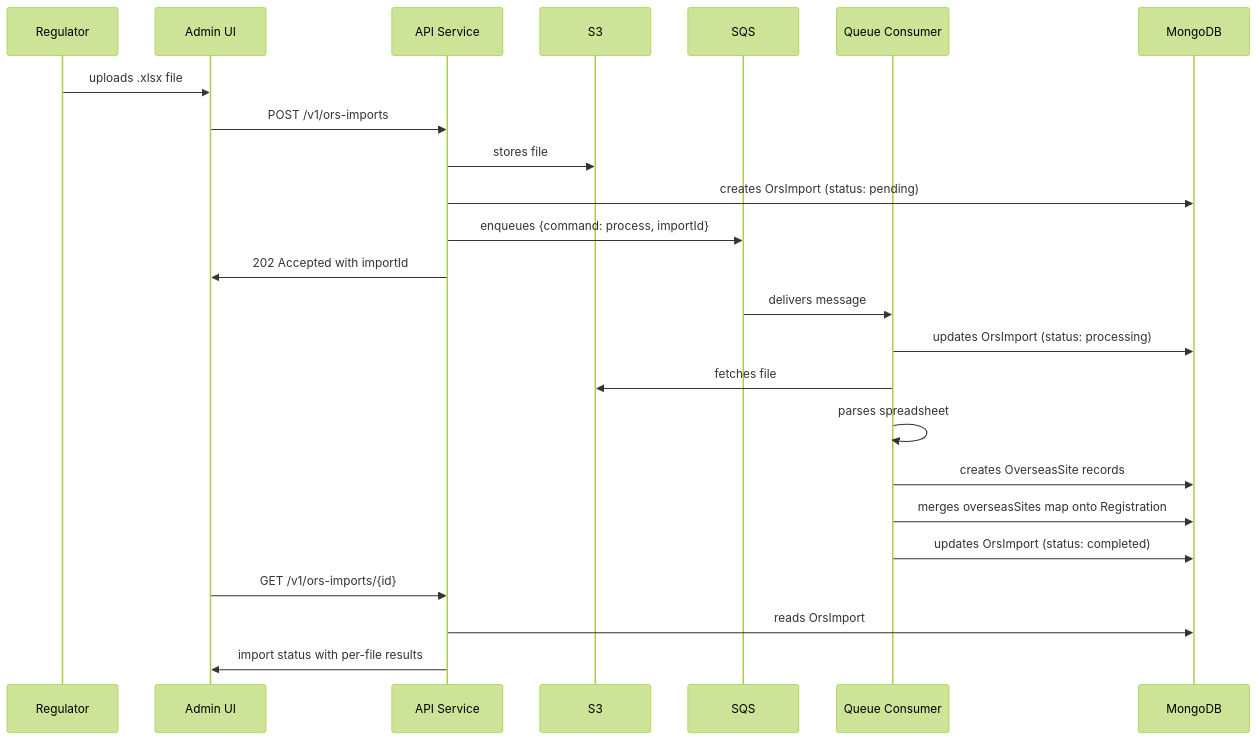
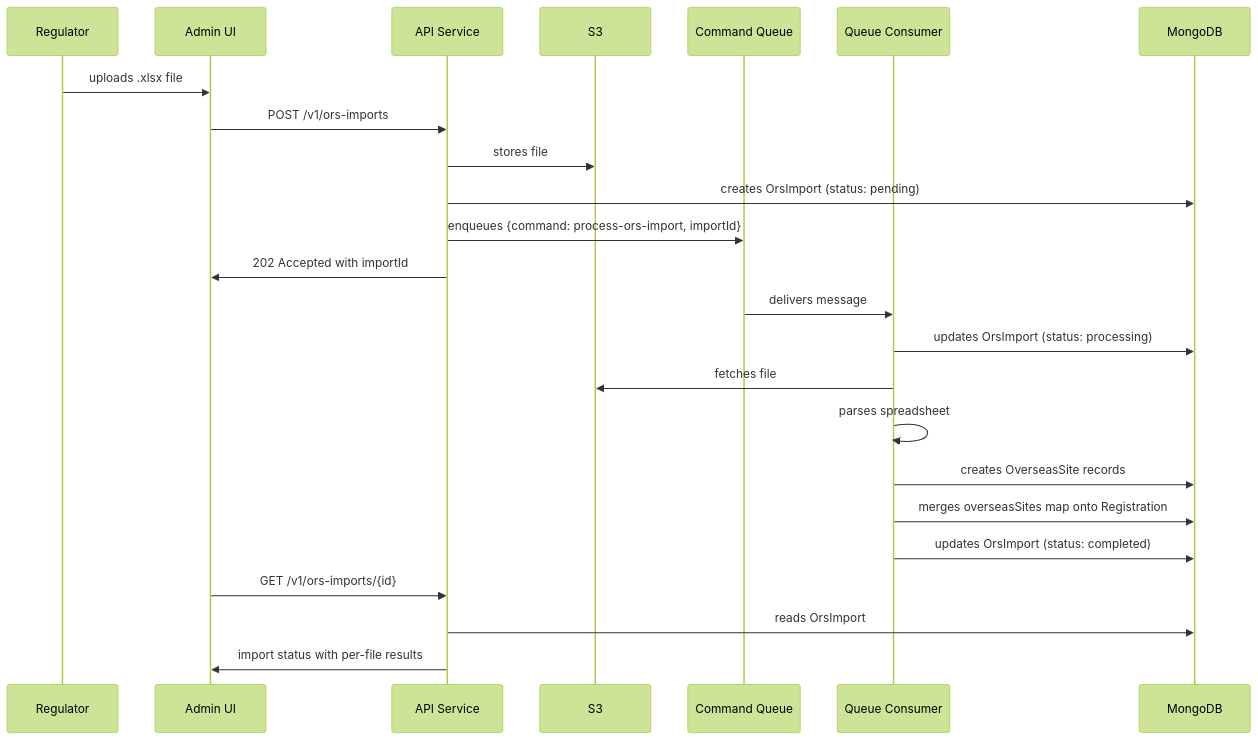
Before and after one commit to DEFRA/epr-re-ex-service: the third of 3 diagrams in docs/architecture/discovery/ors-management.md, drawn with Mermaid (forest theme). The commit also changed other lines of this file, not shown here.

First line of the commit message:
PAE-763: use shared command queue, not a dedicated ORS queue

````diff
--- a/docs/architecture/discovery/ors-management.md
+++ b/docs/architecture/discovery/ors-management.md
@@ -219,29 +225,29 @@
 ```mermaid
 sequenceDiagram
   participant Regulator
   participant Admin UI
   participant API Service
   participant S3
-  participant SQS
+  participant SQS as Command Queue
   participant Queue Consumer
   participant MongoDB
 
   Regulator->>Admin UI: uploads .xlsx file
   Admin UI->>API Service: POST /v1/ors-imports
   API Service->>S3: stores file
   API Service->>MongoDB: creates OrsImport (status: pending)
-  API Service->>SQS: enqueues {command: process, importId}
+  API Service->>SQS: enqueues {command: process-ors-import, importId}
   API Service->>Admin UI: 202 Accepted with importId
 
   SQS->>Queue Consumer: delivers message
   Queue Consumer->>MongoDB: updates OrsImport (status: processing)
   Queue Consumer->>S3: fetches file
   Queue Consumer->>Queue Consumer: parses spreadsheet
   Queue Consumer->>MongoDB: creates OverseasSite records
   Queue Consumer->>MongoDB: merges overseasSites map onto Registration
   Queue Consumer->>MongoDB: updates OrsImport (status: completed)
 
   Admin UI->>API Service: GET /v1/ors-imports/{id}
   API Service->>MongoDB: reads OrsImport
   API Service->>Admin UI: import status with per-file results
 ```
````
